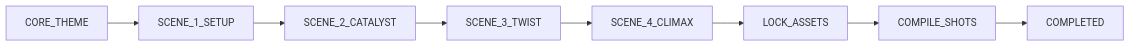
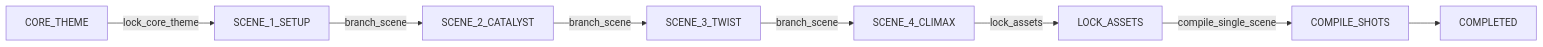
Before and after one commit to Gauhar-1/nogyaan: the diagram in SKILL.md, drawn with Mermaid. The commit also changed other lines of this file and 10 other files, not shown here.

Commit message:
feat: separate lock_core_theme, enforce per-scene compilation with 5 diffusion rules, and implement 2-pane director's workbench UI

````diff
--- a/SKILL.md
+++ b/SKILL.md
@@ -79,10 +72,10 @@
 ```mermaid
 flowchart LR
-    A[CORE_THEME] --> B[SCENE_1_SETUP]
-    B --> C[SCENE_2_CATALYST]
-    C --> D[SCENE_3_TWIST]
-    D --> E[SCENE_4_CLIMAX]
-    E --> F[LOCK_ASSETS]
-    F --> G[COMPILE_SHOTS]
+    A[CORE_THEME] -->|lock_core_theme| B[SCENE_1_SETUP]
+    B -->|branch_scene| C[SCENE_2_CATALYST]
+    C -->|branch_scene| D[SCENE_3_TWIST]
+    D -->|branch_scene| E[SCENE_4_CLIMAX]
+    E -->|lock_assets| F[LOCK_ASSETS]
+    F -->|compile_single_scene| G[COMPILE_SHOTS]
     G --> H[COMPLETED]
 ```
````
